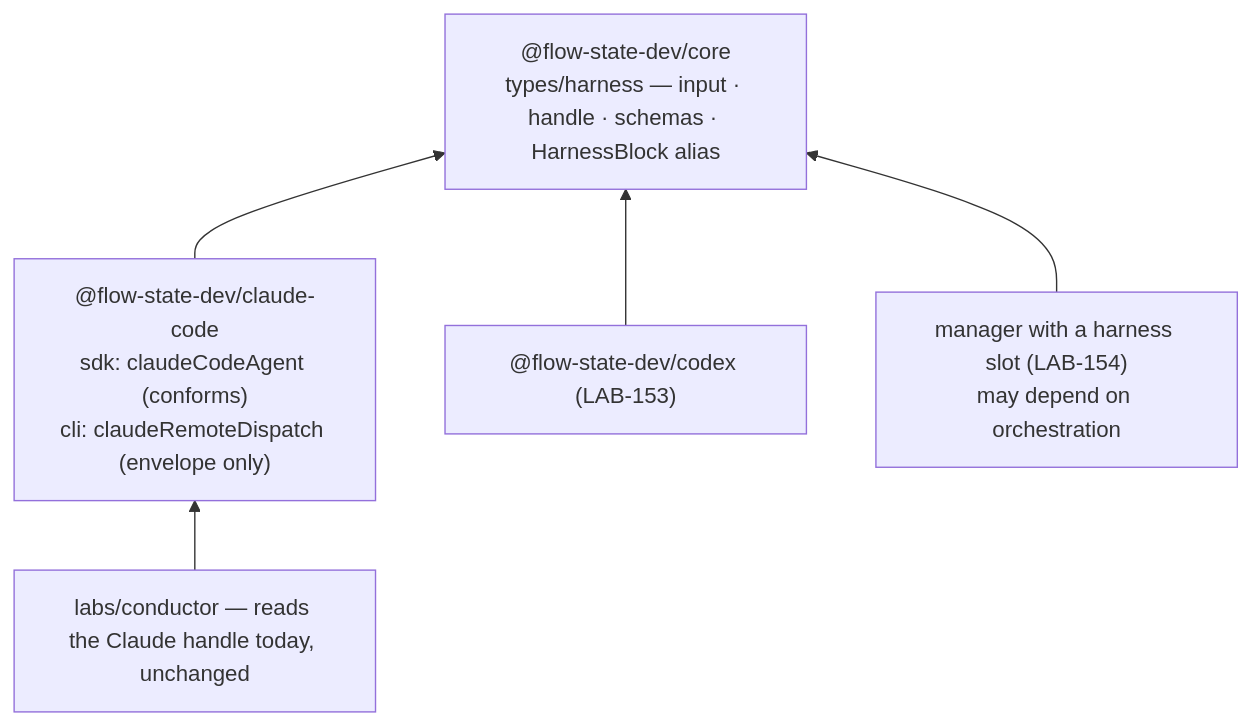
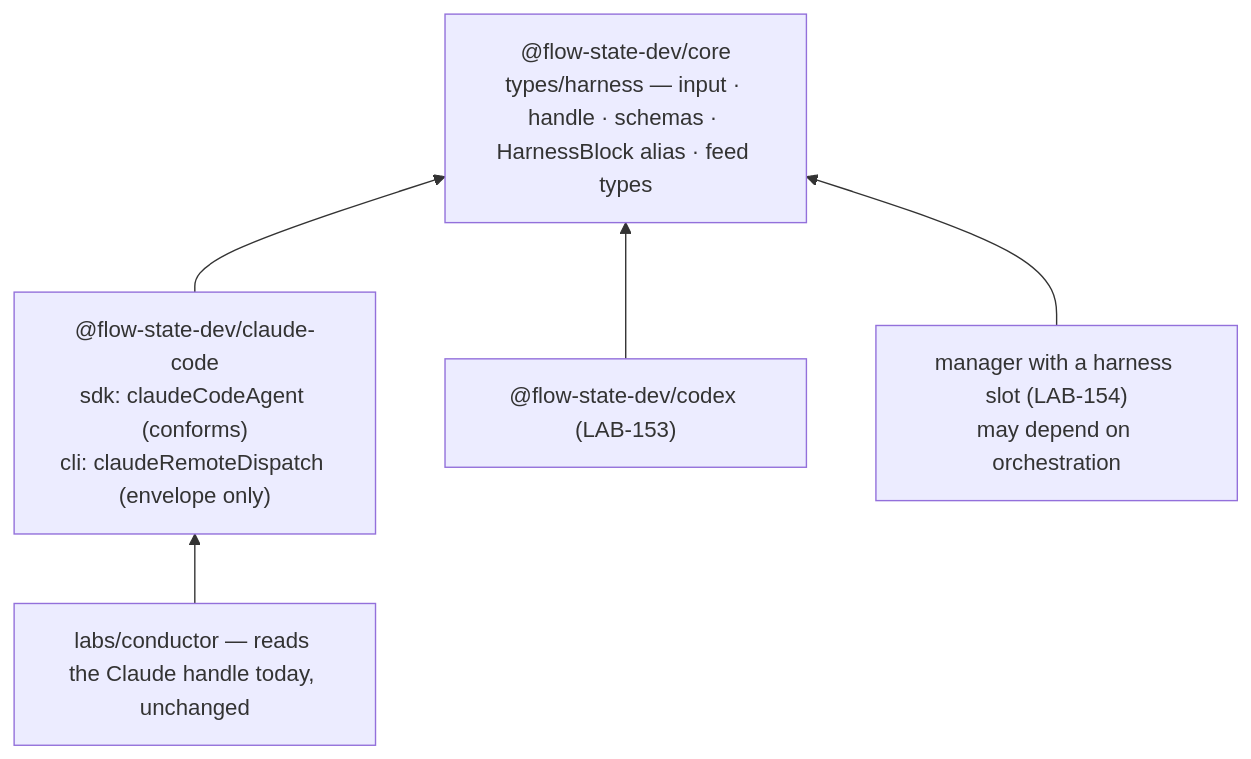
The diagram in spec/LAB-152.md (fixpoint-labs/flow-state-dev), drawn with Mermaid before and after one commit. The commit also changed other lines of this file, not shown here.

First line of the commit message:
spec(LAB-152): cross-spec alignment — alias spelling, the feed types, the source rule

````diff
--- a/spec/LAB-152.md
+++ b/spec/LAB-152.md
@@ -142,12 +165,12 @@
 ```mermaid
 flowchart BT
-  CORE["@flow-state-dev/core<br/>types/harness — input · handle · schemas · HarnessBlock alias"]
+  CORE["@flow-state-dev/core<br/>types/harness — input · handle · schemas · HarnessBlock alias · feed types"]
   CC["@flow-state-dev/claude-code<br/>sdk: claudeCodeAgent (conforms)<br/>cli: claudeRemoteDispatch (envelope only)"]
   CX["@flow-state-dev/codex (LAB-153)"]
   MGR["manager with a harness slot (LAB-154)<br/>may depend on orchestration"]
   COND["labs/conductor — reads the Claude handle today, unchanged"]
   CC --> CORE
   CX --> CORE
   MGR --> CORE
   COND --> CC
 ```
````
